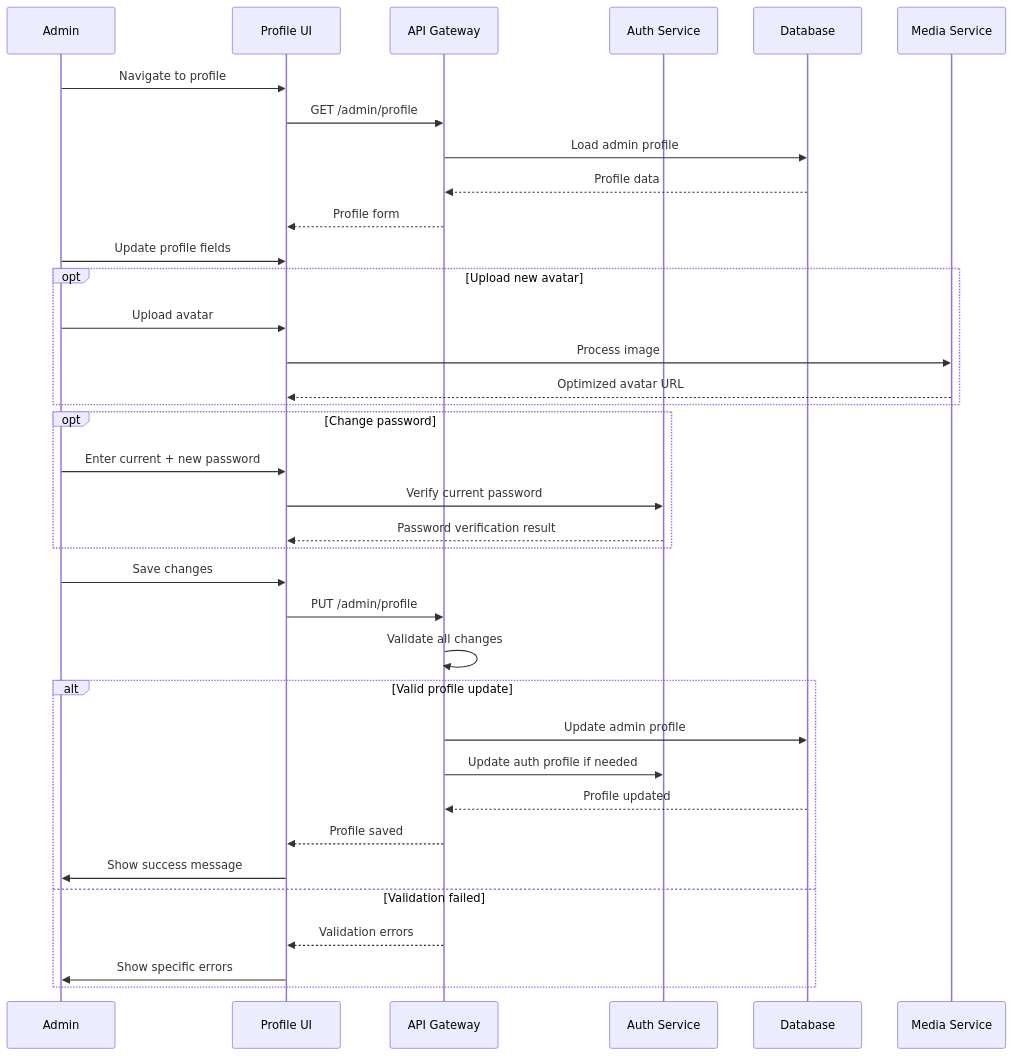
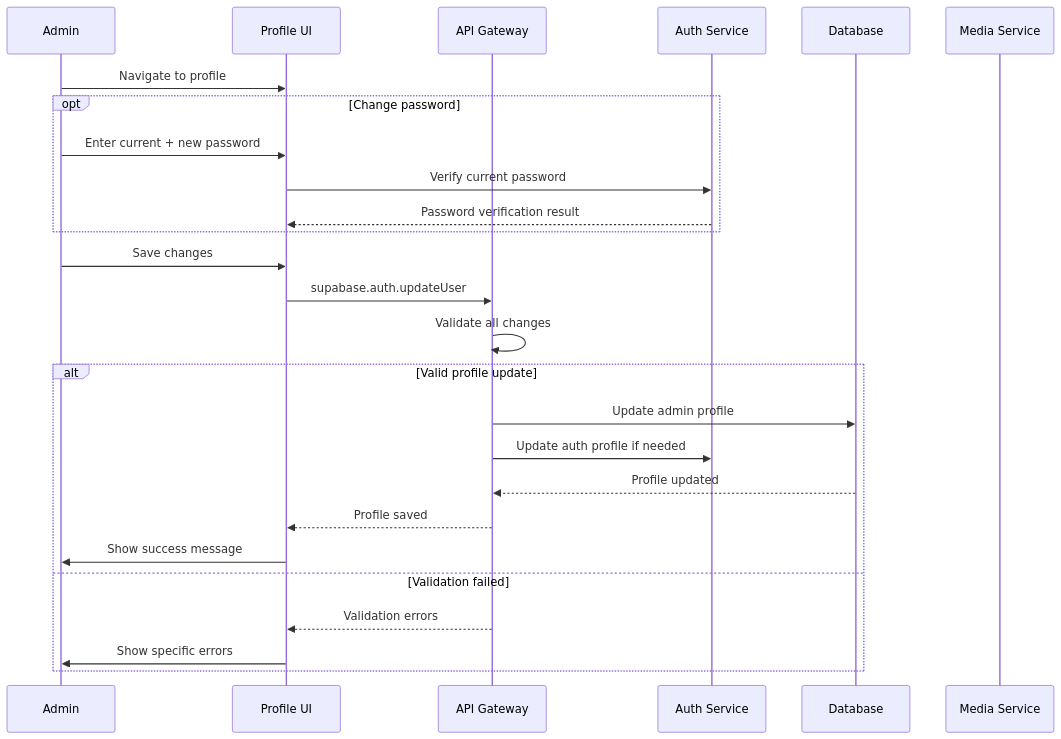
Before and after one commit to jkjan/nowhereland: the sixth of 7 diagrams in prd/08-admin-settings.md, drawn with Mermaid. The commit also changed other lines of this file and 18 other files, not shown here.

````diff
--- a/prd/08-admin-settings.md
+++ b/prd/08-admin-settings.md
@@ -553,45 +541,32 @@
 ```mermaid
 sequenceDiagram
     participant A as Admin
     participant UI as Profile UI
     participant API as API Gateway
     participant AUTH as Auth Service
     participant DB as Database
     participant MEDIA as Media Service
     
     A->>UI: Navigate to profile
-    UI->>API: GET /admin/profile
-    API->>DB: Load admin profile
-    DB-->>API: Profile data
-    API-->>UI: Profile form
-    
-    A->>UI: Update profile fields
-    
-    opt Upload new avatar
-        A->>UI: Upload avatar
-        UI->>MEDIA: Process image
-        MEDIA-->>UI: Optimized avatar URL
-    end
-    
     opt Change password
         A->>UI: Enter current + new password
         UI->>AUTH: Verify current password
         AUTH-->>UI: Password verification result
     end
     
     A->>UI: Save changes
-    UI->>API: PUT /admin/profile
+    UI->>API: supabase.auth.updateUser
     
     API->>API: Validate all changes
     
     alt Valid profile update
         API->>DB: Update admin profile
         API->>AUTH: Update auth profile if needed
         DB-->>API: Profile updated
         API-->>UI: Profile saved
         UI->>A: Show success message
     else Validation failed
         API-->>UI: Validation errors
         UI->>A: Show specific errors
     end
 ```
````
